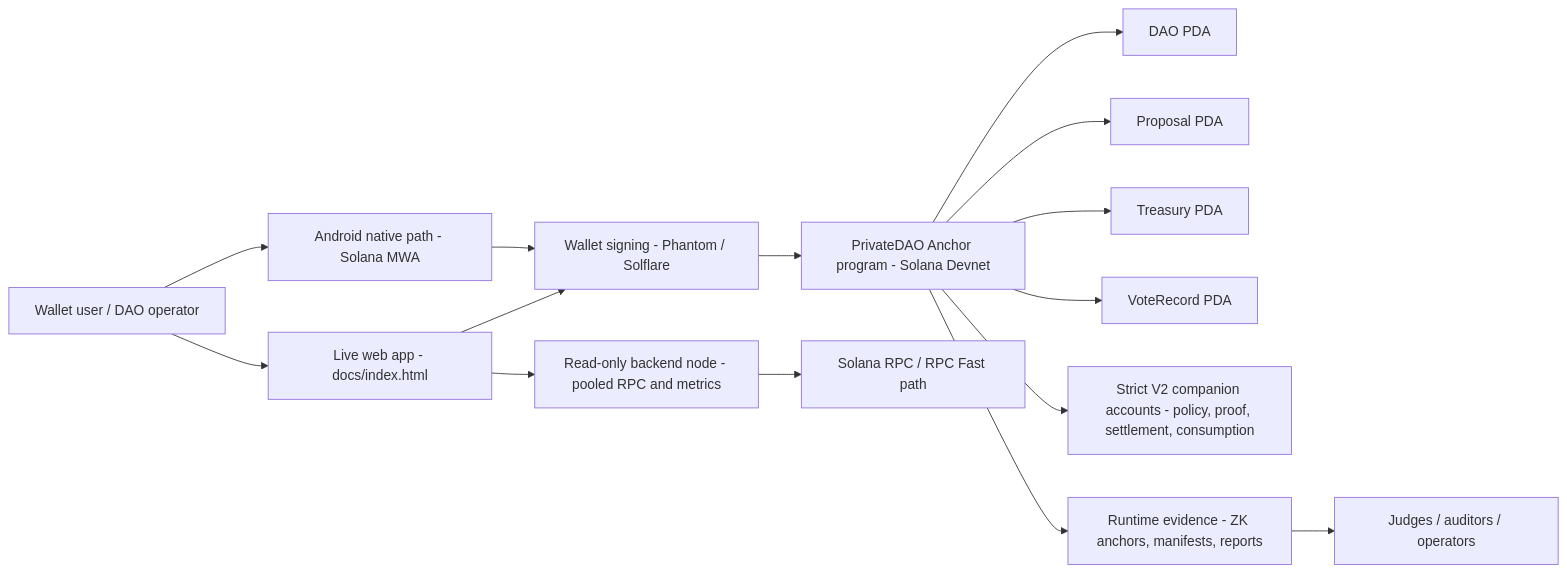
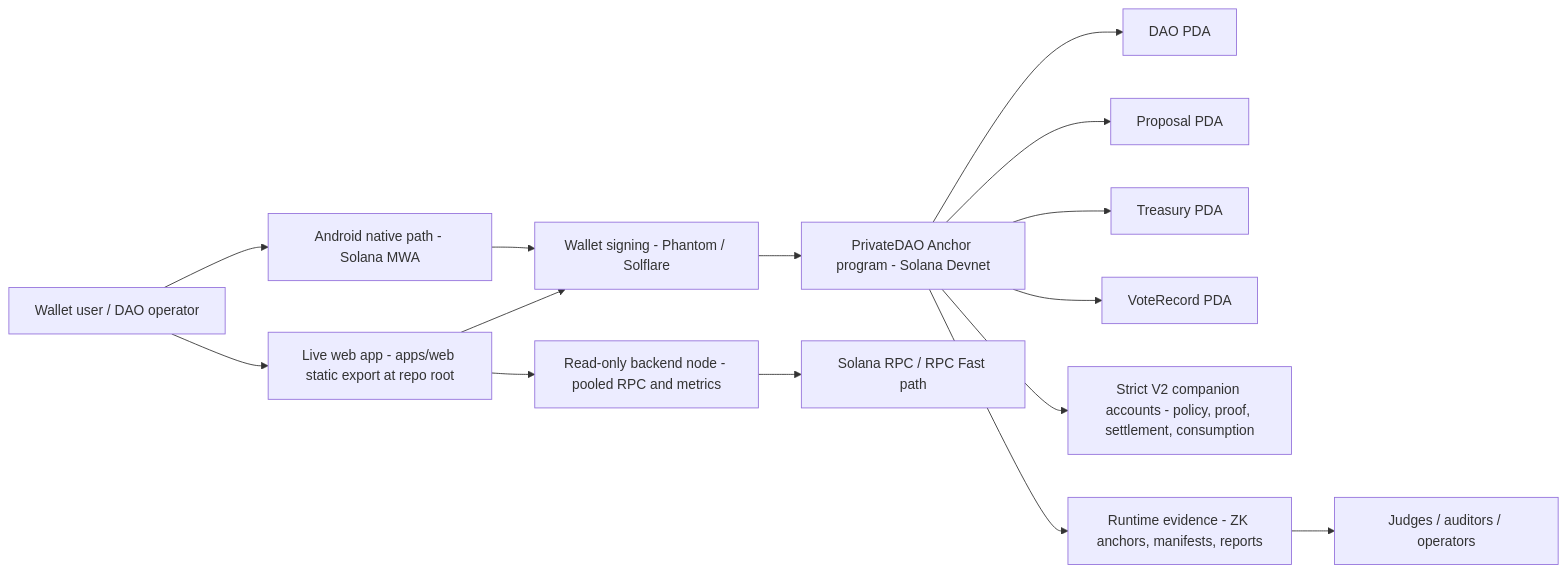
Before and after one commit to X-PACT/PrivateDAO: the first of 2 diagrams in README.md, drawn with Mermaid. The commit also changed other lines of this file and 1848 other files, not shown here.

Commit message:
feat(web): cut over root site to next export

````diff
--- a/README.md
+++ b/README.md
@@ -122,17 +122,17 @@
 ```mermaid
 flowchart LR
-  User["Wallet user / DAO operator"] --> Frontend["Live web app - docs/index.html"]
+  User["Wallet user / DAO operator"] --> Frontend["Live web app - apps/web static export at repo root"]
   User --> Android["Android native path - Solana MWA"]
   Frontend --> Wallet["Wallet signing - Phantom / Solflare"]
   Android --> Wallet
   Wallet --> Program["PrivateDAO Anchor program - Solana Devnet"]
   Program --> DAO["DAO PDA"]
   Program --> Proposal["Proposal PDA"]
   Program --> Treasury["Treasury PDA"]
   Program --> VoteRecord["VoteRecord PDA"]
   Program --> StrictV2["Strict V2 companion accounts - policy, proof, settlement, consumption"]
   Frontend --> ReadNode["Read-only backend node - pooled RPC and metrics"]
   ReadNode --> RPC["Solana RPC / RPC Fast path"]
   Program --> Evidence["Runtime evidence - ZK anchors, manifests, reports"]
   Evidence --> Reviewers["Judges / auditors / operators"]
 ```
````
